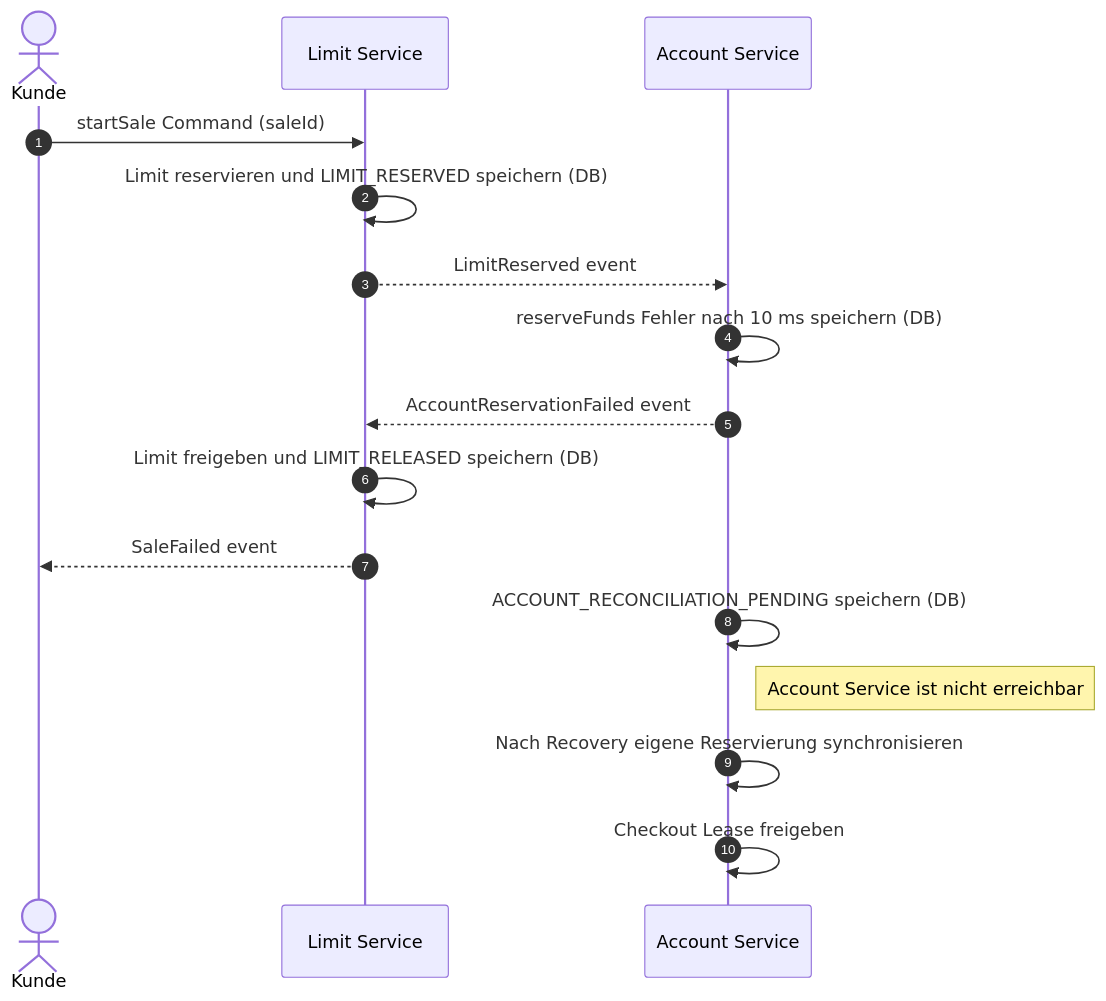
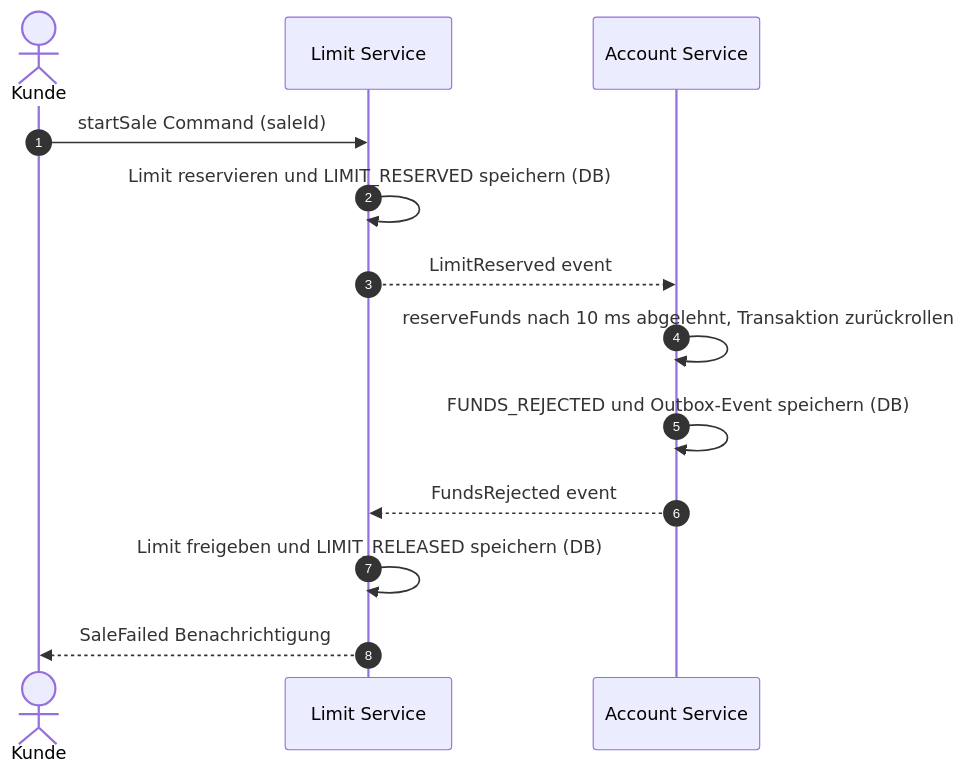
One commit to Adrian-Hansen-dev/second-hand-ticket-app changed diagram 18 of 30 in project-2/abgabe_projekt_2.md. Above: the diagram before and after it, drawn with Mermaid. The commit also changed other lines of this file, not shown here.

````diff
--- a/project-2/abgabe_projekt_2.md
+++ b/project-2/abgabe_projekt_2.md
@@ -665,19 +667,16 @@
 ```mermaid
 sequenceDiagram
     autonumber
     actor Kunde
     participant LS as Limit Service
     participant AS as Account Service
 
     Kunde->>LS: startSale Command (saleId)
     LS->>LS: Limit reservieren und LIMIT_RESERVED speichern (DB)
     LS-->>AS: LimitReserved event
-    AS->>AS: reserveFunds Fehler nach 10 ms speichern (DB)
-    AS-->>LS: AccountReservationFailed event
+    AS->>AS: reserveFunds nach 10 ms abgelehnt, Transaktion zurückrollen
+    AS->>AS: FUNDS_REJECTED und Outbox-Event speichern (DB)
+    AS-->>LS: FundsRejected event
     LS->>LS: Limit freigeben und LIMIT_RELEASED speichern (DB)
-    LS-->>Kunde: SaleFailed event
-    AS->>AS: ACCOUNT_RECONCILIATION_PENDING speichern (DB)
-    Note right of AS: Account Service ist nicht erreichbar
-    AS->>AS: Nach Recovery eigene Reservierung synchronisieren
-    AS->>AS: Checkout Lease freigeben
+    LS-->>Kunde: SaleFailed Benachrichtigung
 ```
````
